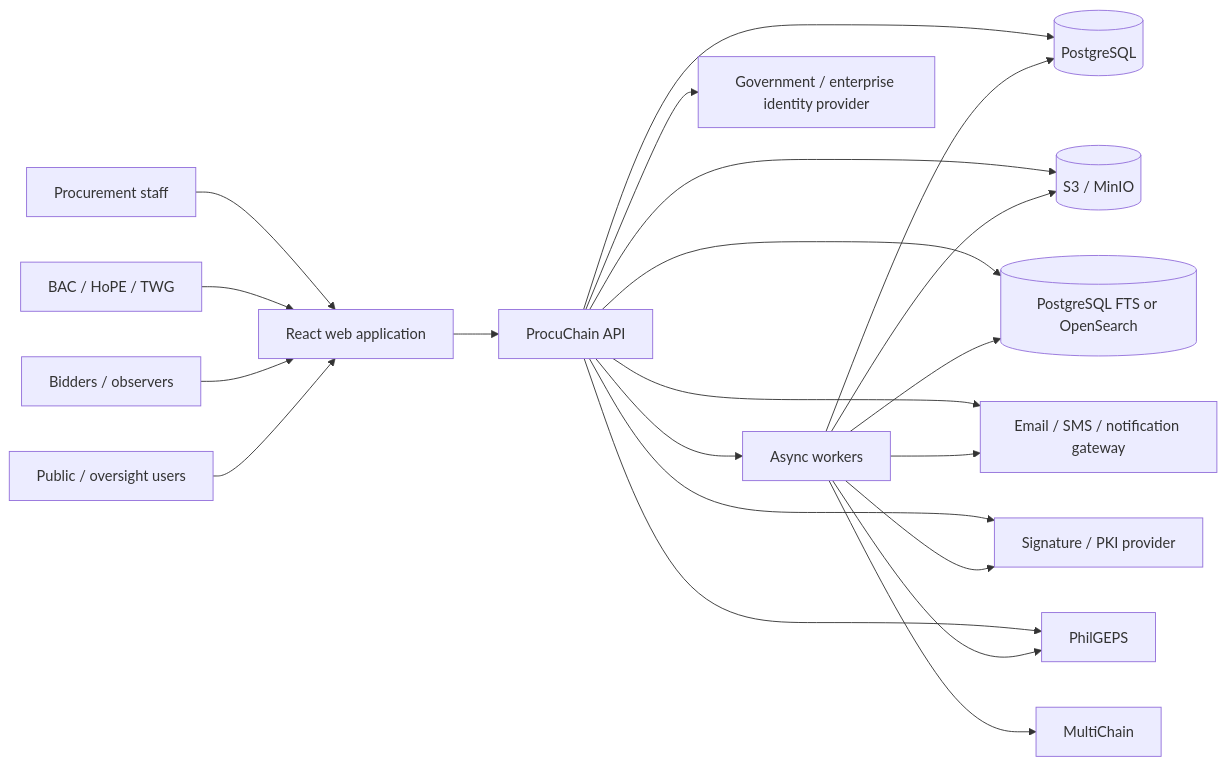
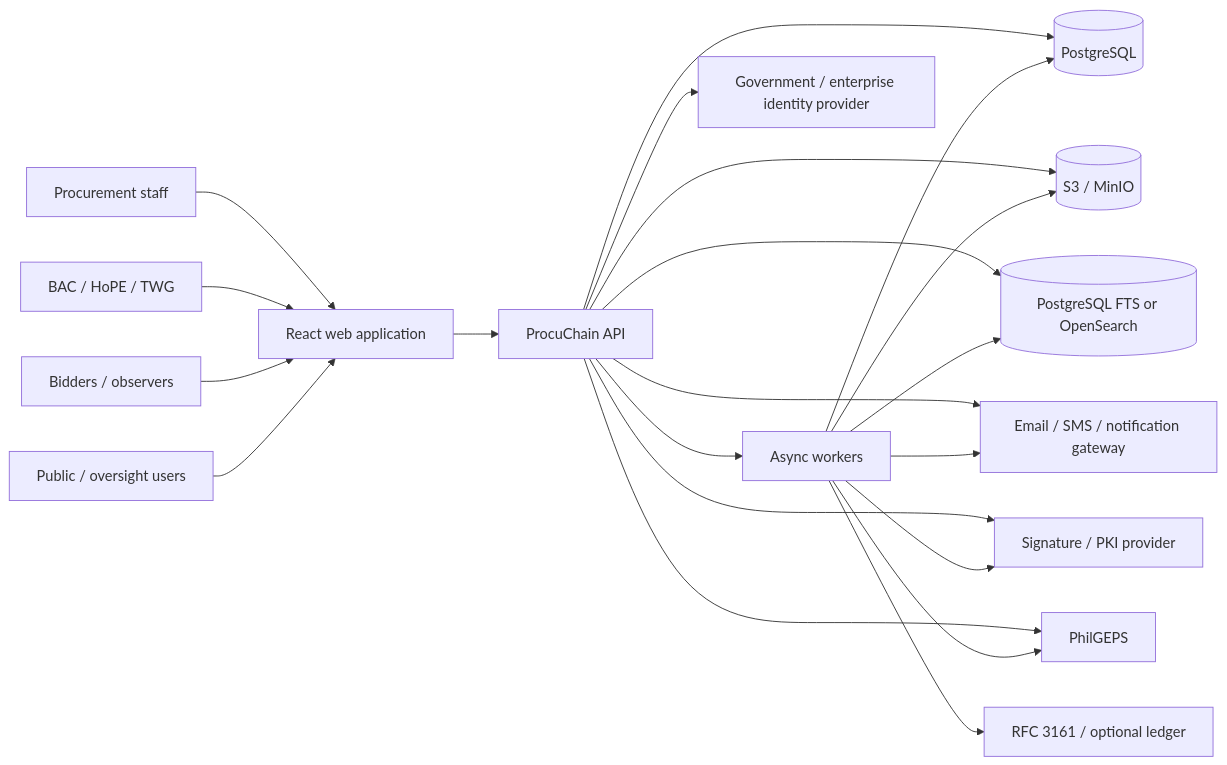
Before and after one commit to leodyversemilla07/procuchain: the first of 3 diagrams in docs/spec/architecture-spec.md, drawn with Mermaid. The commit also changed other lines of this file and 47 other files, not shown here.

````diff
--- a/docs/spec/architecture-spec.md
+++ b/docs/spec/architecture-spec.md
@@ -37,39 +37,39 @@
 ```mermaid
 flowchart LR
     Staff[Procurement staff]
     Approvers[BAC / HoPE / TWG]
     External[Bidders / observers]
     Public[Public / oversight users]
     React[React web application]
     API[ProcuChain API]
     Worker[Async workers]
     PG[(PostgreSQL)]
     Objects[(S3 / MinIO)]
     Search[(PostgreSQL FTS or OpenSearch)]
     Sign[Signature / PKI provider]
     PhilGEPS[PhilGEPS]
-    Chain[MultiChain]
+    Anchor[RFC 3161 / optional ledger]
     IdP[Government / enterprise identity provider]
     Notify[Email / SMS / notification gateway]
 
     Staff --> React
     Approvers --> React
     External --> React
     Public --> React
     React --> API
     API --> PG
     API --> Objects
     API --> Search
     API --> IdP
     API --> Notify
     API --> Sign
     API --> PhilGEPS
     API --> Worker
     Worker --> PG
     Worker --> Objects
     Worker --> Search
     Worker --> Sign
     Worker --> PhilGEPS
-    Worker --> Chain
+    Worker --> Anchor
     Worker --> Notify
 ```
````
